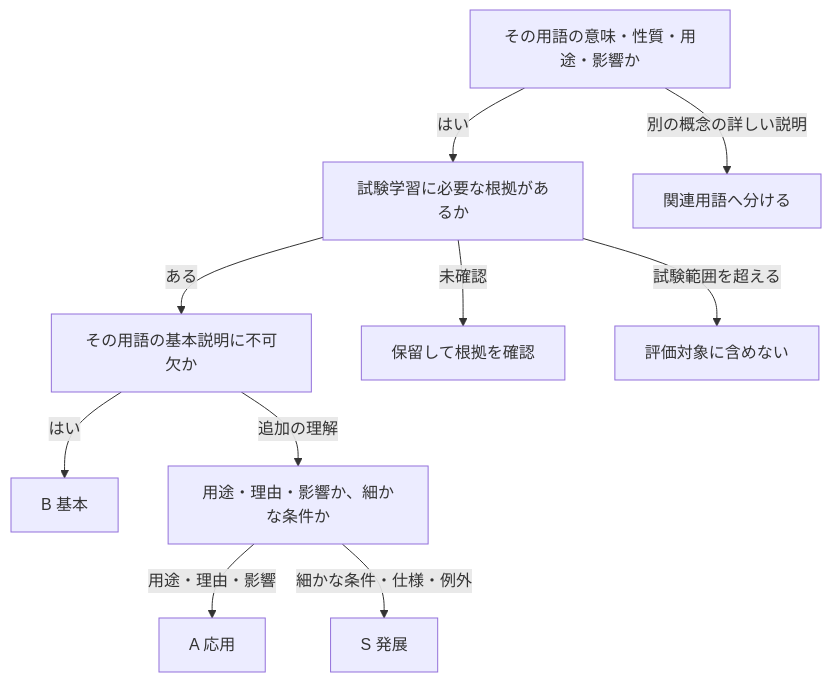
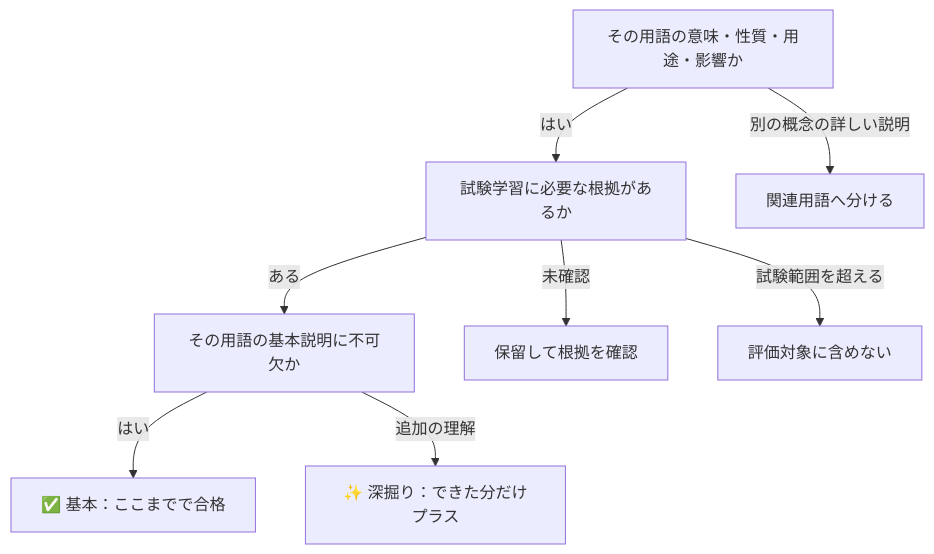
Before and after one commit to atuya0726/orenotameno: the diagram in docs/glossary-rubric.md, drawn with Mermaid. The commit also changed other lines of this file and 17 other files, not shown here.

````diff
--- a/docs/glossary-rubric.md
+++ b/docs/glossary-rubric.md
@@ -9,12 +9,10 @@
 ```mermaid
 flowchart TD
   scope[その用語の意味・性質・用途・影響か] -->|はい| exam[試験学習に必要な根拠があるか]
   scope -->|別の概念の詳しい説明| related[関連用語へ分ける]
   exam -->|ある| core[その用語の基本説明に不可欠か]
   exam -->|未確認| hold[保留して根拠を確認]
   exam -->|試験範囲を超える| omit[評価対象に含めない]
-  core -->|はい| b[B 基本]
-  core -->|追加の理解| detail[用途・理由・影響か、細かな条件か]
-  detail -->|用途・理由・影響| a[A 応用]
-  detail -->|細かな条件・仕様・例外| s[S 発展]
+  core -->|はい| basic[✅ 基本：ここまでで合格]
+  core -->|追加の理解| deep[✨ 深掘り：できた分だけプラス]
 ```
````
